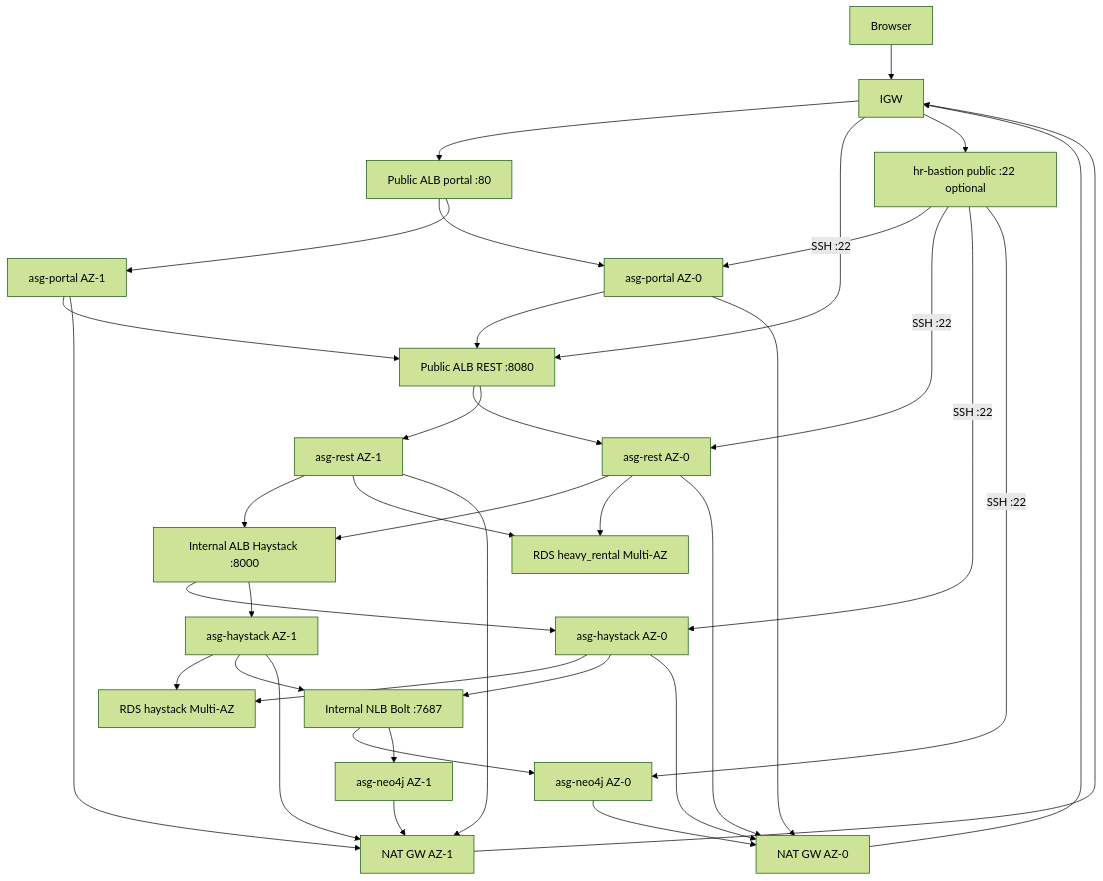
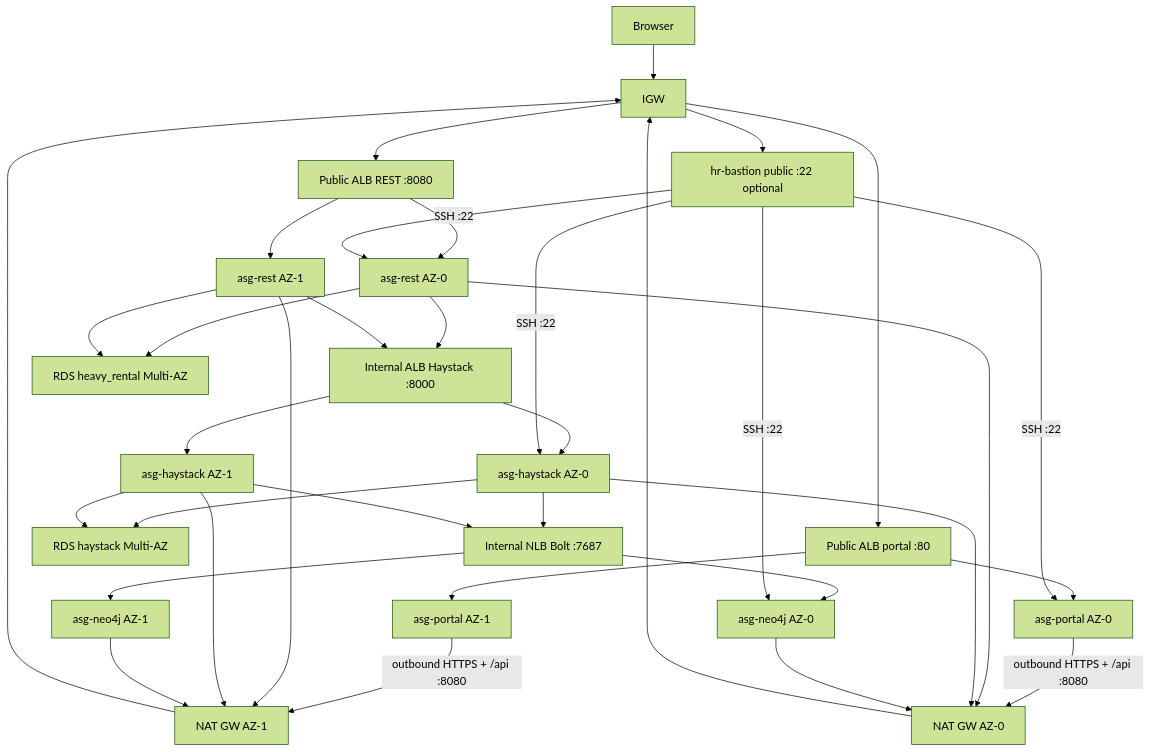
The first of 3 diagrams in docs/ARCHITECTURE.md (Heavy-Rental/heavy-rental-project-instructure-and-cloud-deploy), drawn with Mermaid (forest theme) before and after one commit. The commit also changed other lines of this file and 41 other files, not shown here.

First line of the commit message:
HR-252 Allow portal /api NAT hairpin to REST ALB and fix bastion SSH hops.

````diff
--- a/docs/ARCHITECTURE.md
+++ b/docs/ARCHITECTURE.md
@@ -46,39 +46,37 @@
 ```mermaid
 flowchart TB
   browser[Browser] --> igw[IGW]
   igw --> albP[Public ALB portal :80]
   igw --> albR[Public ALB REST :8080]
   igw --> bastion[hr-bastion public :22 optional]
   albP --> asgP0[asg-portal AZ-0]
   albP --> asgP1[asg-portal AZ-1]
-  asgP0 --> albR
-  asgP1 --> albR
   albR --> asgR0[asg-rest AZ-0]
   albR --> asgR1[asg-rest AZ-1]
   asgR0 --> albH[Internal ALB Haystack :8000]
   asgR1 --> albH
   albH --> asgH0[asg-haystack AZ-0]
   albH --> asgH1[asg-haystack AZ-1]
   asgR0 --> rdsSor[RDS heavy_rental Multi-AZ]
   asgR1 --> rdsSor
   asgH0 --> rdsHs[RDS haystack Multi-AZ]
   asgH1 --> rdsHs
   asgH0 --> nlbN[Internal NLB Bolt :7687]
   asgH1 --> nlbN
   nlbN --> n4j0[asg-neo4j AZ-0]
   nlbN --> n4j1[asg-neo4j AZ-1]
   bastion -->|SSH :22| asgP0
   bastion -->|SSH :22| asgR0
   bastion -->|SSH :22| asgH0
   bastion -->|SSH :22| n4j0
-  asgP0 --> nat0[NAT GW AZ-0]
+  asgP0 -->|outbound HTTPS + /api :8080| nat0[NAT GW AZ-0]
   asgR0 --> nat0
   asgH0 --> nat0
   n4j0 --> nat0
-  asgP1 --> nat1[NAT GW AZ-1]
+  asgP1 -->|outbound HTTPS + /api :8080| nat1[NAT GW AZ-1]
   asgR1 --> nat1
   asgH1 --> nat1
   n4j1 --> nat1
   nat0 --> igw
   nat1 --> igw
 ```
````
